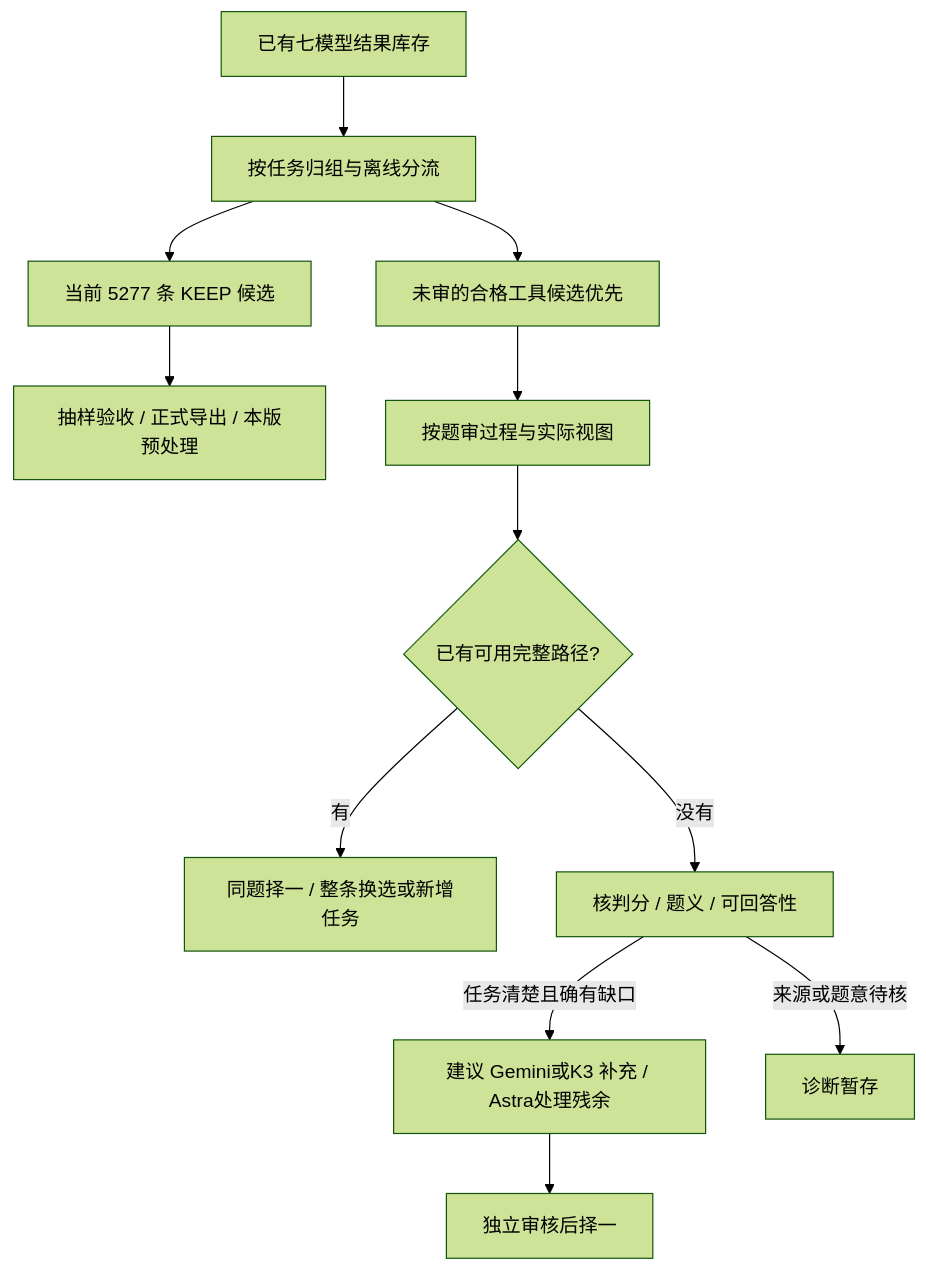
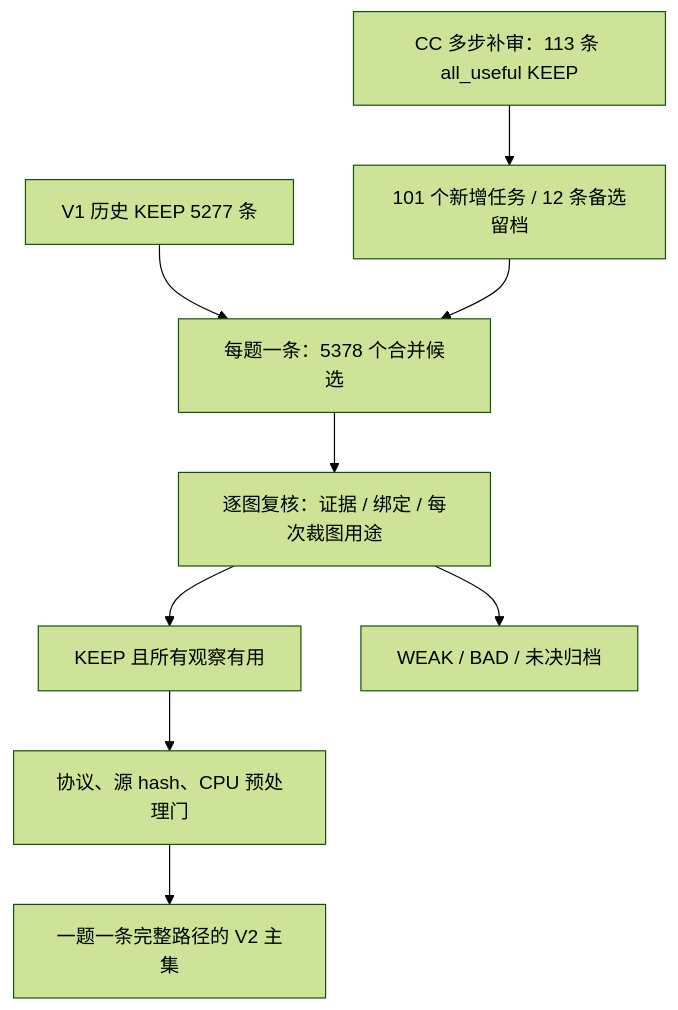
Before and after one commit to CrepuscularIRIS/vlm-caption-trajectories: the diagram in README.md, drawn with Mermaid (forest theme). The commit also changed other lines of this file and 11 other files, not shown here.

````diff
--- a/README.md
+++ b/README.md
@@ -56,14 +57,11 @@
 ```mermaid
 flowchart TD
-    A[已有七模型结果库存] --> B[按任务归组与离线分流]
-    B --> C[当前 5277 条 KEEP 候选]
-    C --> D[抽样验收 / 正式导出 / 本版预处理]
-    B --> E[未审的合格工具候选优先]
-    E --> F[按题审过程与实际视图]
-    F --> G{已有可用完整路径?}
-    G -->|有| H[同题择一 / 整条换选或新增任务]
-    G -->|没有| I[核判分 / 题义 / 可回答性]
-    I -->|任务清楚且确有缺口| J[建议 Gemini或K3 补充 / Astra处理残余]
-    J --> K[独立审核后择一]
-    I -->|来源或题意待核| L[诊断暂存]
+    A[V1 历史 KEEP 5277 条] --> C[每题一条：5378 个合并候选]
+    B[CC 多步补审：113 条 all_useful KEEP] --> D[101 个新增任务 / 12 条备选留档]
+    D --> C
+    C --> E[逐图复核：证据 / 绑定 / 每次裁图用途]
+    E --> F[KEEP 且所有观察有用]
+    E --> H[WEAK / BAD / 未决归档]
+    F --> I[协议、源 hash、CPU 预处理门]
+    I --> J[一题一条完整路径的 V2 主集]
 ```
````
